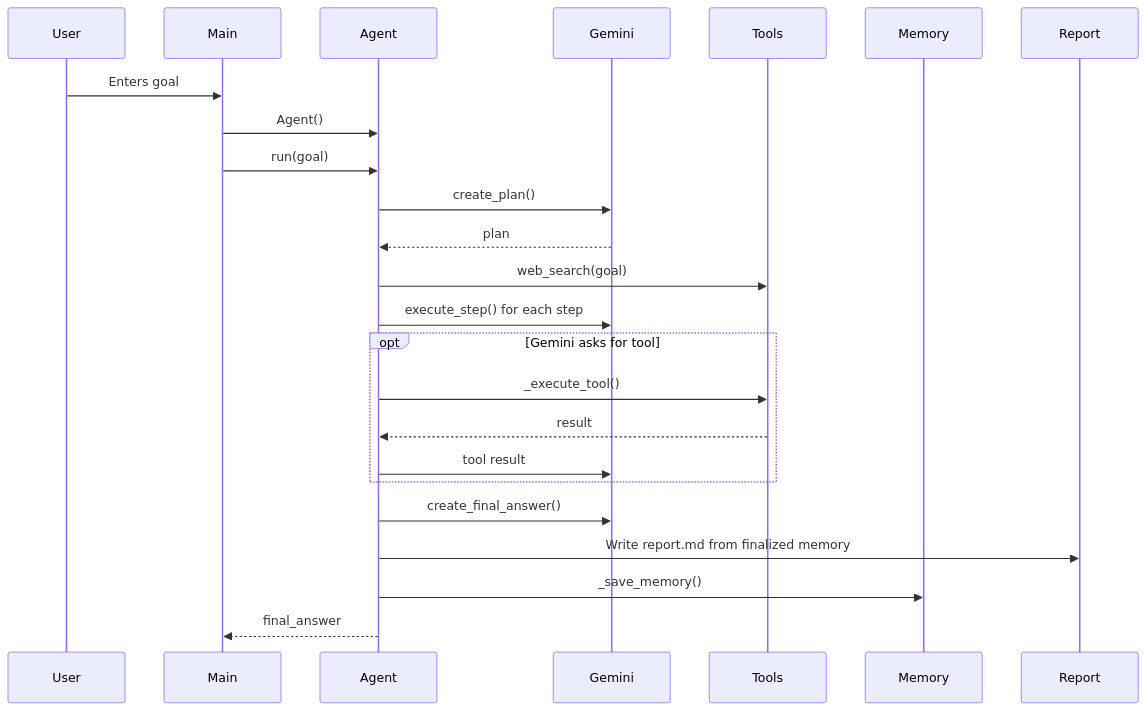
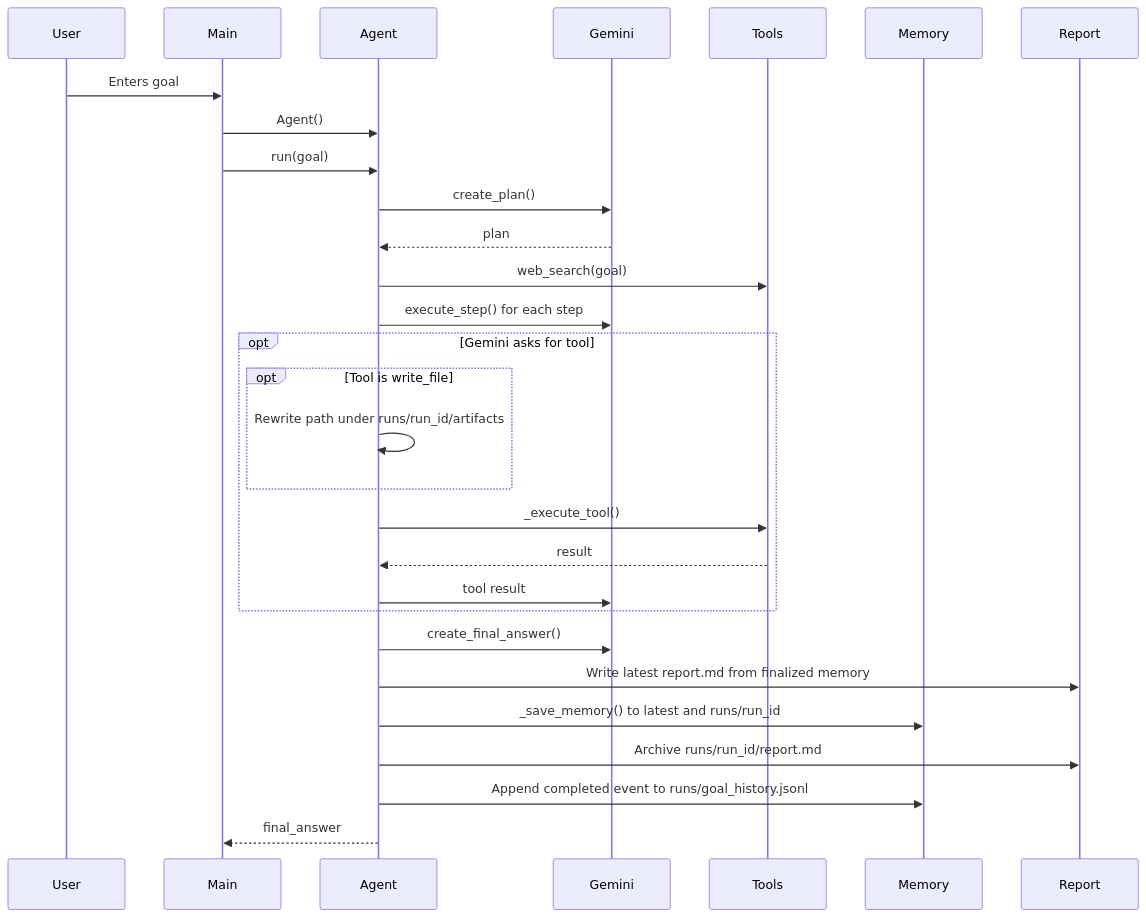
The second of 3 diagrams in docs/08-agent-creation-flow.md (yessaravanan/gemini-research-agent), drawn with Mermaid before and after one commit. The commit also changed other lines of this file and 19 other files, not shown here.

````diff
--- a/docs/08-agent-creation-flow.md
+++ b/docs/08-agent-creation-flow.md
@@ -81,27 +84,32 @@
 ```mermaid
 sequenceDiagram
     participant User
     participant Main
     participant Agent
     participant Gemini
     participant Tools
     participant Memory
     participant Report
 
     User->>Main: Enters goal
     Main->>Agent: Agent()
     Main->>Agent: run(goal)
     Agent->>Gemini: create_plan()
     Gemini-->>Agent: plan
     Agent->>Tools: web_search(goal)
     Agent->>Gemini: execute_step() for each step
     opt Gemini asks for tool
+        opt Tool is write_file
+            Agent->>Agent: Rewrite path under runs/run_id/artifacts
+        end
         Agent->>Tools: _execute_tool()
         Tools-->>Agent: result
         Agent->>Gemini: tool result
     end
     Agent->>Gemini: create_final_answer()
-    Agent->>Report: Write report.md from finalized memory
-    Agent->>Memory: _save_memory()
+    Agent->>Report: Write latest report.md from finalized memory
+    Agent->>Memory: _save_memory() to latest and runs/run_id
+    Agent->>Report: Archive runs/run_id/report.md
+    Agent->>Memory: Append completed event to runs/goal_history.jsonl
     Agent-->>Main: final_answer
 ```
````
